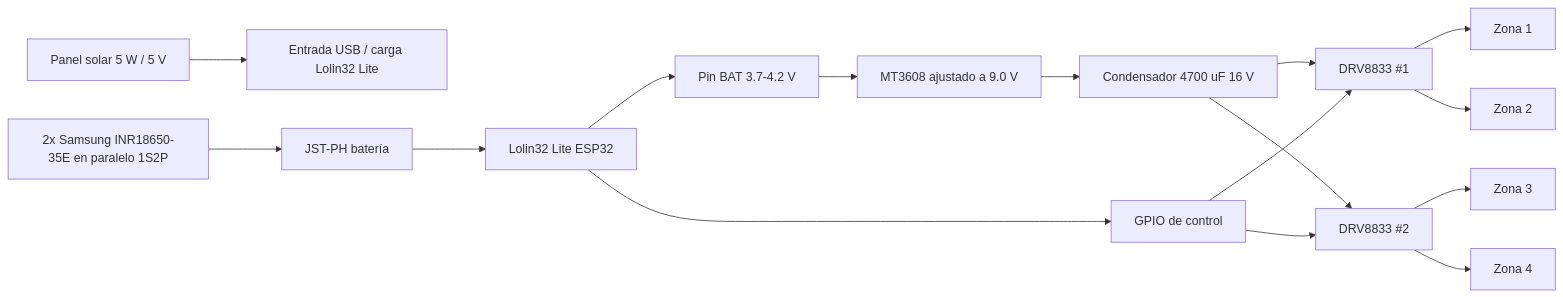
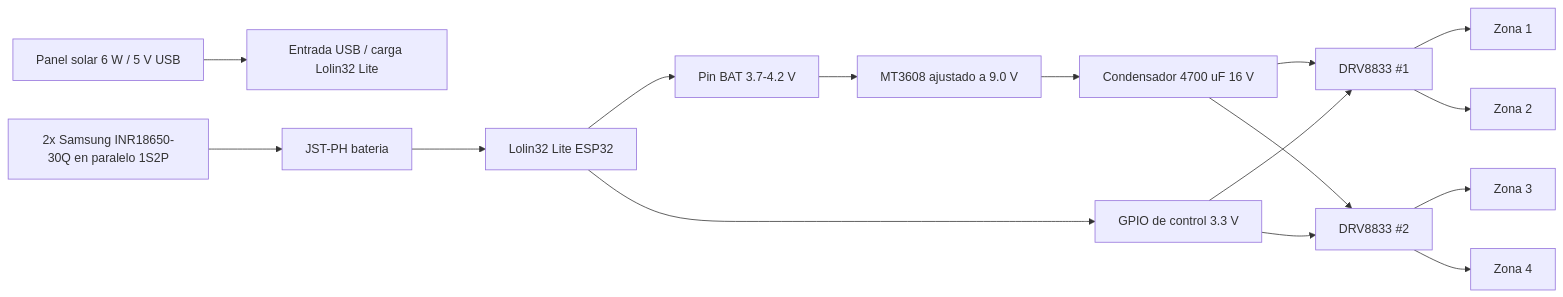
The diagram in hardware/README.md (jmffreige/riego-cc2), drawn with Mermaid before and after one commit. The commit also changed other lines of this file and 1 other file, not shown here.

````diff
--- a/hardware/README.md
+++ b/hardware/README.md
@@ -13,18 +14,18 @@
 ```mermaid
 flowchart LR
-    Solar[Panel solar 5 W / 5 V] --> USB[Entrada USB / carga Lolin32 Lite]
-    BatPack[2x Samsung INR18650-35E en paralelo 1S2P] --> JST[JST-PH batería]
+    Solar[Panel solar 6 W / 5 V USB] --> USB[Entrada USB / carga Lolin32 Lite]
+    BatPack[2x Samsung INR18650-30Q en paralelo 1S2P] --> JST[JST-PH bateria]
     JST --> Lolin[Lolin32 Lite ESP32]
     Lolin --> BAT[Pin BAT 3.7-4.2 V]
     BAT --> Boost[MT3608 ajustado a 9.0 V]
     Boost --> Cap[Condensador 4700 uF 16 V]
     Cap --> DRV1[DRV8833 #1]
     Cap --> DRV2[DRV8833 #2]
-    Lolin --> GPIO[GPIO de control]
+    Lolin --> GPIO[GPIO de control 3.3 V]
     GPIO --> DRV1
     GPIO --> DRV2
     DRV1 --> Z1[Zona 1]
     DRV1 --> Z2[Zona 2]
     DRV2 --> Z3[Zona 3]
     DRV2 --> Z4[Zona 4]
 ```
````
